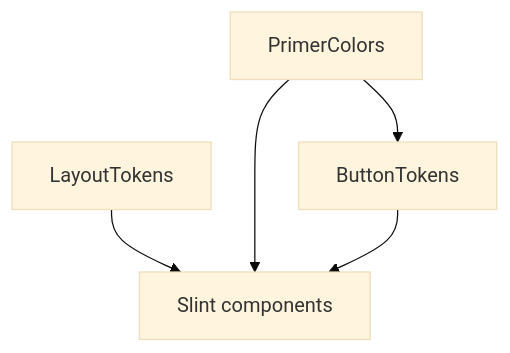
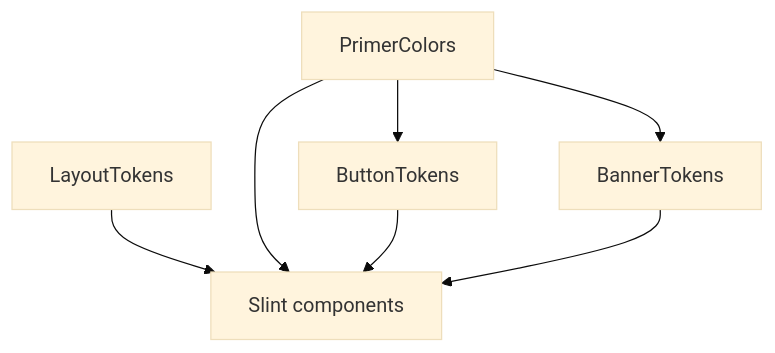
One commit to NigelBreslaw/slint-ui-for-github-cli changed the diagram in app/src/ui/Primer/AGENTS.md. Above: the diagram before and after it, drawn with Mermaid (base theme). The commit also changed other lines of this file and 1 other file, not shown here.

````diff
--- a/app/src/ui/Primer/AGENTS.md
+++ b/app/src/ui/Primer/AGENTS.md
@@ -34,10 +37,13 @@
 ```mermaid
 flowchart TB
   LT[LayoutTokens]
   PC[PrimerColors]
   BT[ButtonTokens]
+  BanT[BannerTokens]
   LT --> Components[Slint components]
   PC --> Components
   PC --> BT
+  PC --> BanT
   BT --> Components
+  BanT --> Components
 ```
````
